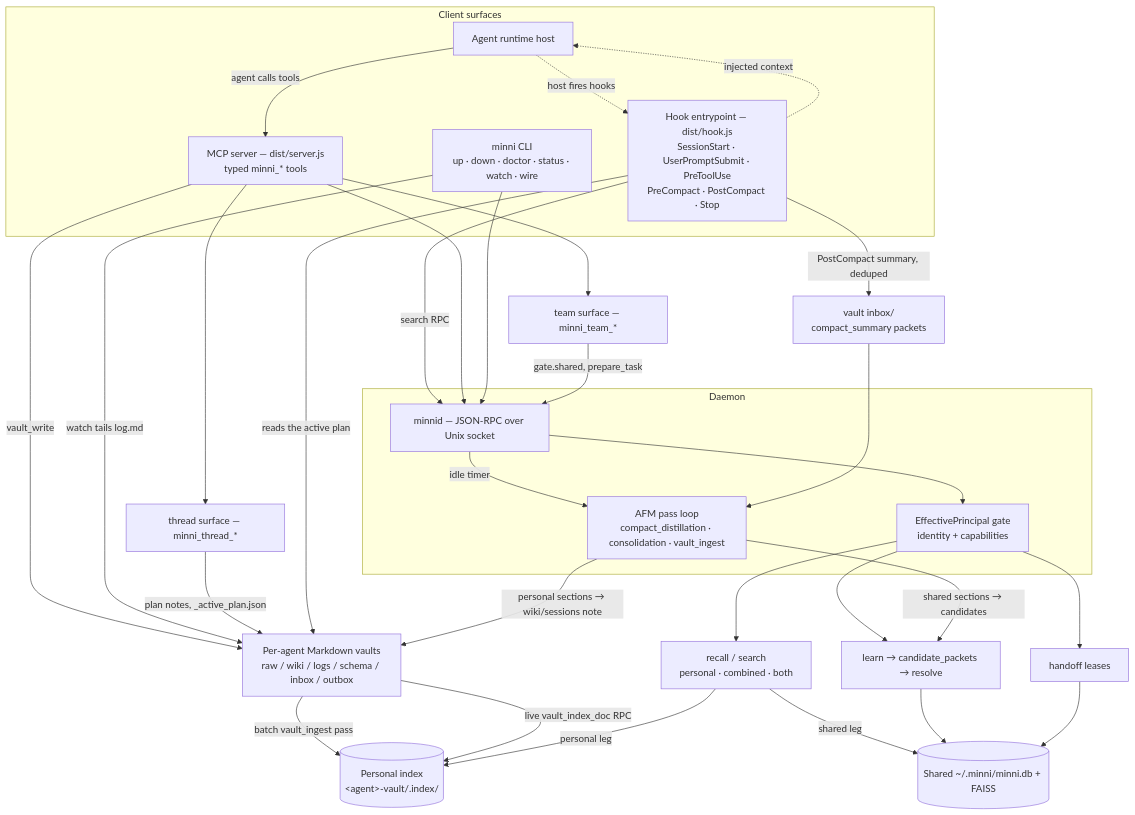
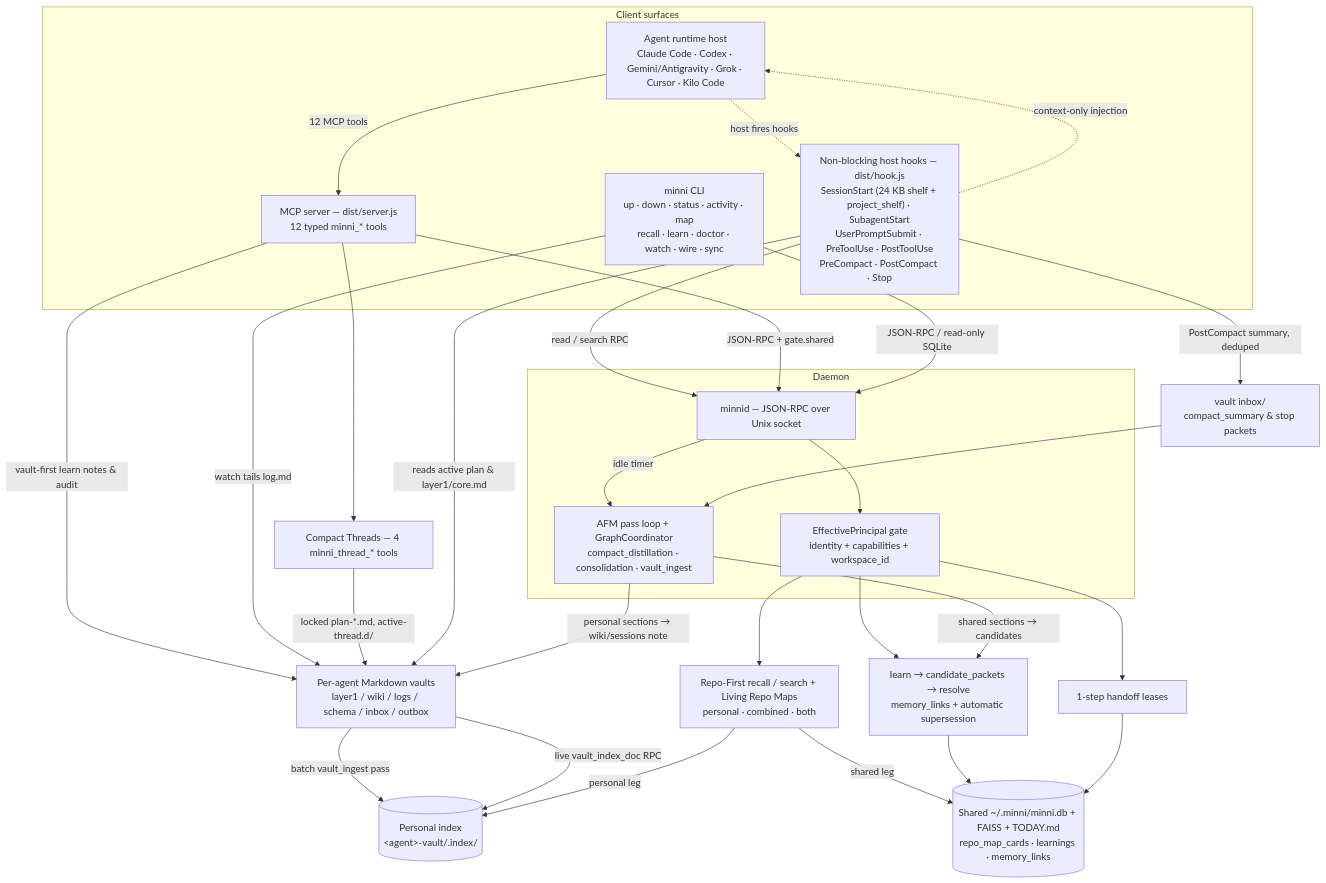
Before and after one commit to infektyd/minni: the diagram in docs/architecture.md, drawn with Mermaid. The commit also changed other lines of this file and 51 other files, not shown here.

Commit message:
fix(v1): harden post-Wave-6 authz, workspace parity, shelf budgets, drill, doctor H36, npm audit, and docs (BUG-54..BUG-74)

````diff
--- a/docs/architecture.md
+++ b/docs/architecture.md
@@ -12,57 +13,54 @@
 ```mermaid
 flowchart TD
     subgraph Clients["Client surfaces"]
-      Host["Agent runtime host"]
-      Hooks["Hook entrypoint — dist/hook.js<br/>SessionStart · UserPromptSubmit · PreToolUse<br/>PreCompact · PostCompact · Stop"]
-      Plugin["MCP server — dist/server.js<br/>typed minni_* tools"]
-      CLI["minni CLI<br/>up · down · doctor · status · watch · wire"]
+      Host["Agent runtime host<br/>Claude Code · Codex · Gemini/Antigravity · Grok · Cursor · Kilo Code"]
+      Hooks["Non-blocking host hooks — dist/hook.js<br/>SessionStart (24 KB shelf + project_shelf) · SubagentStart<br/>UserPromptSubmit · PreToolUse · PostToolUse<br/>PreCompact · PostCompact · Stop"]
+      Plugin["MCP server — dist/server.js<br/>12 typed minni_* tools"]
+      CLI["minni CLI<br/>up · down · status · activity · map<br/>recall · learn · doctor · watch · wire · sync"]
     end
 
     subgraph Core["Daemon"]
       Daemon["minnid — JSON-RPC over Unix socket"]
-      Gate["EffectivePrincipal gate<br/>identity + capabilities"]
-      AFM["AFM pass loop<br/>compact_distillation · consolidation · vault_ingest"]
+      Gate["EffectivePrincipal gate<br/>identity + capabilities + workspace_id"]
+      AFM["AFM pass loop + GraphCoordinator<br/>compact_distillation · consolidation · vault_ingest"]
     end
 
-    Retrieval["recall / search<br/>personal · combined · both"]
-    Governance["learn → candidate_packets → resolve"]
-    Handoff["handoff leases"]
-    Plans["thread surface — minni_thread_*"]
-    Team["team surface — minni_team_*"]
+    Retrieval["Repo-First recall / search + Living Repo Maps<br/>personal · combined · both"]
+    Governance["learn → candidate_packets → resolve<br/>memory_links + automatic supersession"]
+    Handoff["1-step handoff leases"]
+    Plans["Compact Threads — 4 minni_thread_* tools"]
 
-    Vaults["Per-agent Markdown vaults<br/>raw / wiki / logs / schema / inbox / outbox"]
-    Inbox["vault inbox/<br/>compact_summary packets"]
+    Vaults["Per-agent Markdown vaults<br/>layer1 / wiki / logs / schema / inbox / outbox"]
+    Inbox["vault inbox/<br/>compact_summary &amp; stop packets"]
     Personal[("Personal index<br/>&lt;agent&gt;-vault/.index/")]
-    Shared[("Shared ~/.minni/minni.db + FAISS")]
+    Shared[("Shared ~/.minni/minni.db + FAISS + TODAY.md<br/>repo_map_cards · learnings · memory_links")]
 
     Host -.->|host fires hooks| Hooks
-    Host -->|agent calls tools| Plugin
-    Hooks -->|search RPC| Daemon
-    Hooks -.->|injected context| Host
+    Host -->|12 MCP tools| Plugin
+    Hooks -->|read / search RPC| Daemon
+    Hooks -.->|context-only injection| Host
     Hooks -->|PostCompact summary, deduped| Inbox
-    Plugin --> Daemon
+    Plugin -->|JSON-RPC + gate.shared| Daemon
     Plugin --> Plans
-    Plugin --> Team
-    Plugin -->|vault_write| Vaults
-    CLI --> Daemon
+    Plugin -->|vault-first learn notes &amp; audit| Vaults
+    CLI -->|JSON-RPC / read-only SQLite| Daemon
     CLI -->|watch tails log.md| Vaults
-    Team -->|gate.shared, prepare_task| Daemon
-    Plans -->|plan notes, _active_plan.json| Vaults
-    Hooks -->|reads the active plan| Vaults
+    Plans -->|locked plan-*.md, active-thread.d/| Vaults
+    Hooks -->|reads active plan &amp; layer1/core.md| Vaults
 
     Daemon --> Gate
     Gate --> Retrieval
     Gate --> Governance
     Gate --> Handoff
     Daemon -->|idle timer| AFM
     Inbox --> AFM
     AFM -->|shared sections → candidates| Governance
     AFM -->|personal sections → wiki/sessions note| Vaults
 
     Vaults -->|batch vault_ingest pass| Personal
     Vaults -->|live vault_index_doc RPC| Personal
     Retrieval -->|personal leg| Personal
     Retrieval -->|shared leg| Shared
     Governance --> Shared
     Handoff --> Shared
 ```
````
